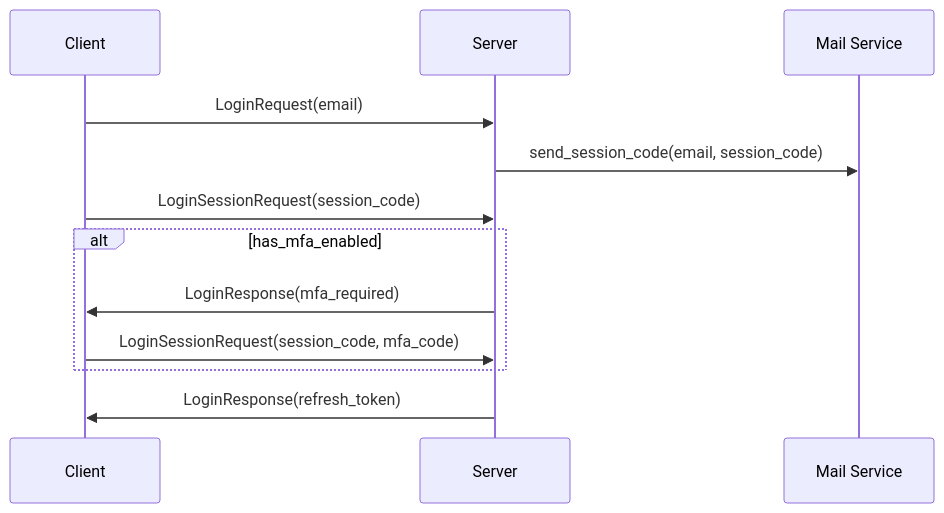
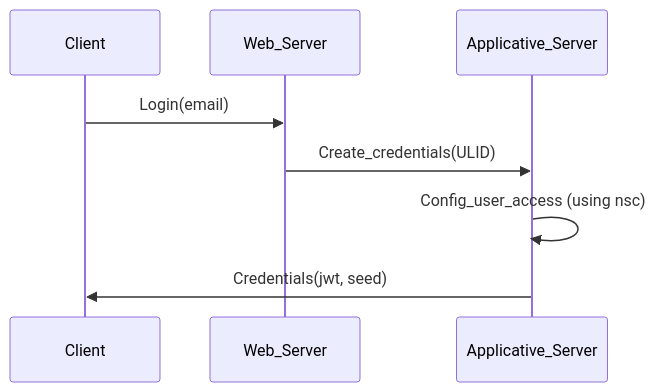
Before and after one commit to adimian/kova: the third of 8 diagrams in kova/authentication/docs.md, drawn with Mermaid. The commit also changed other lines of this file and 46 other files, not shown here.

Commit message:
allowed for user creation and login using an API, example for its use with identified echo

````diff
--- a/kova/authentication/docs.md
+++ b/kova/authentication/docs.md
@@ -4,11 +24,7 @@
 ```mermaid
 sequenceDiagram
-    Client ->> Server: LoginRequest(email)
-    Server ->> Mail Service: send_session_code(email, session_code)
-    Client ->> Server: LoginSessionRequest(session_code)
-    alt has_mfa_enabled
-    Server ->> Client: LoginResponse(mfa_required)
-    Client ->> Server: LoginSessionRequest(session_code, mfa_code)
-    end
-    Server ->> Client: LoginResponse(refresh_token)
+    Client ->> Web_Server: Login(email)
+    Web_Server ->> Applicative_Server: Create_credentials(ULID)
+    Applicative_Server ->> Applicative_Server: Config_user_access (using nsc)
+    Applicative_Server ->> Client: Credentials(jwt, seed)
 ```
````
